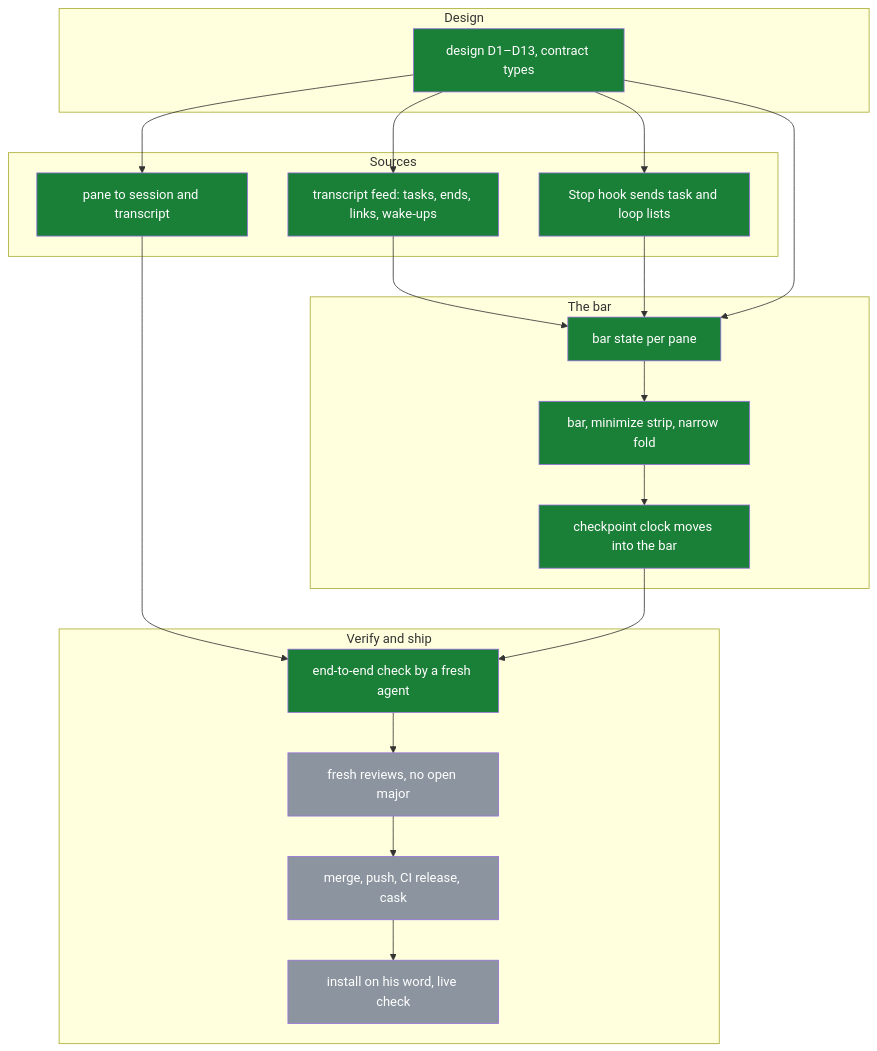
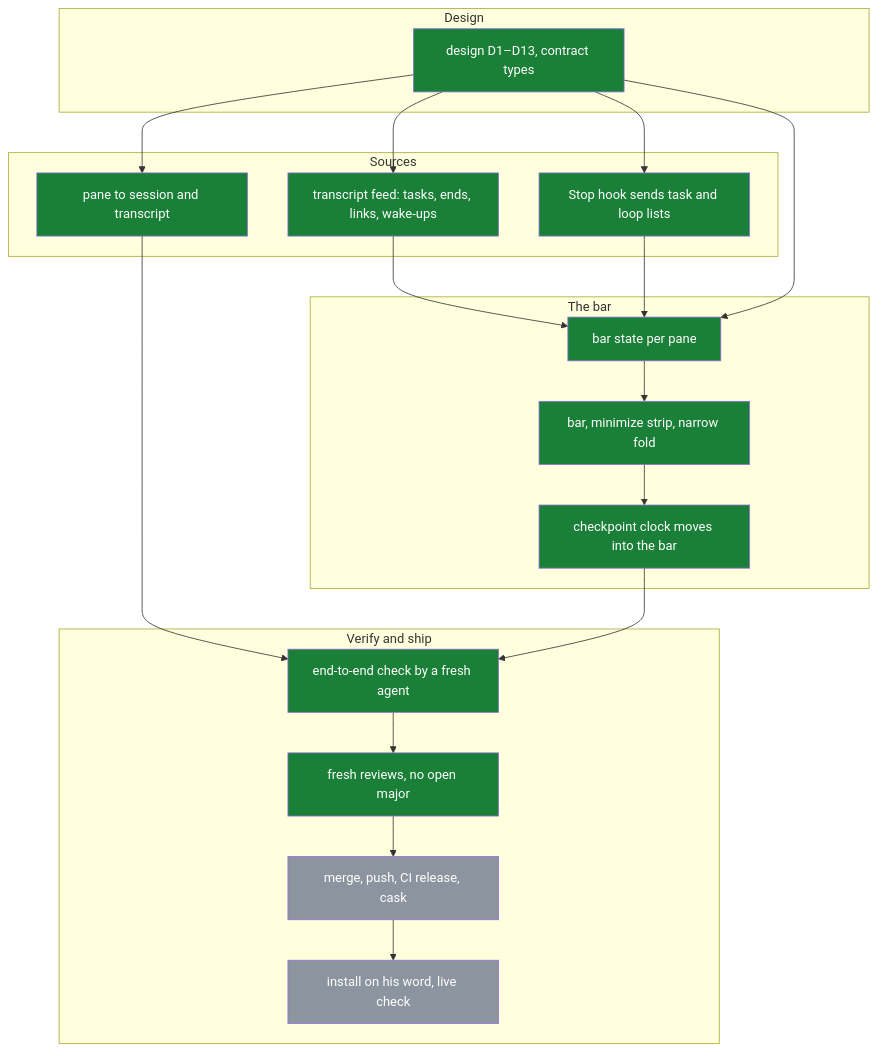
The diagram in docs/session-bar.md (michaeljryoung/patton), drawn with Mermaid before and after one commit. The commit also changed other lines of this file, not shown here.

Commit message:
Session bar map: bar_review done (three fresh reviews, no open major)

````diff
--- a/docs/session-bar.md
+++ b/docs/session-bar.md
@@ -10,41 +10,41 @@
 ```mermaid
 flowchart TD
   subgraph D["Design"]
     bar_design[design D1–D13, contract types]:::done
   end
   subgraph S["Sources"]
     session_link[pane to session and transcript]:::done
     transcript_feed[transcript feed: tasks, ends, links, wake-ups]:::done
     hook_lists[Stop hook sends task and loop lists]:::done
   end
   subgraph B["The bar"]
     bar_model[bar state per pane]:::done
     bar_ui[bar, minimize strip, narrow fold]:::done
     ckpt_move[checkpoint clock moves into the bar]:::done
   end
   subgraph V["Verify and ship"]
     bar_e2e[end-to-end check by a fresh agent]:::done
-    bar_review[fresh reviews, no open major]:::todo
+    bar_review[fresh reviews, no open major]:::done
     bar_release[merge, push, CI release, cask]:::todo
     bar_ship[install on his word, live check]:::todo
   end
   bar_design --> session_link
   bar_design --> transcript_feed
   bar_design --> hook_lists
   bar_design --> bar_model
   session_link --> bar_e2e
   transcript_feed --> bar_model
   hook_lists --> bar_model
   bar_model --> bar_ui
   bar_ui --> ckpt_move
   ckpt_move --> bar_e2e
   bar_e2e --> bar_review
   bar_review --> bar_release
   bar_release --> bar_ship
   classDef done fill:#1a7f37,color:#fff
   classDef live fill:#0969da,color:#fff
   classDef todo fill:#8c959f,color:#fff
   classDef blocked fill:#cf222e,color:#fff
   classDef dropped fill:#eaeef2,color:#57606a
   classDef superseded fill:#eaeef2,color:#57606a
 ```
````
